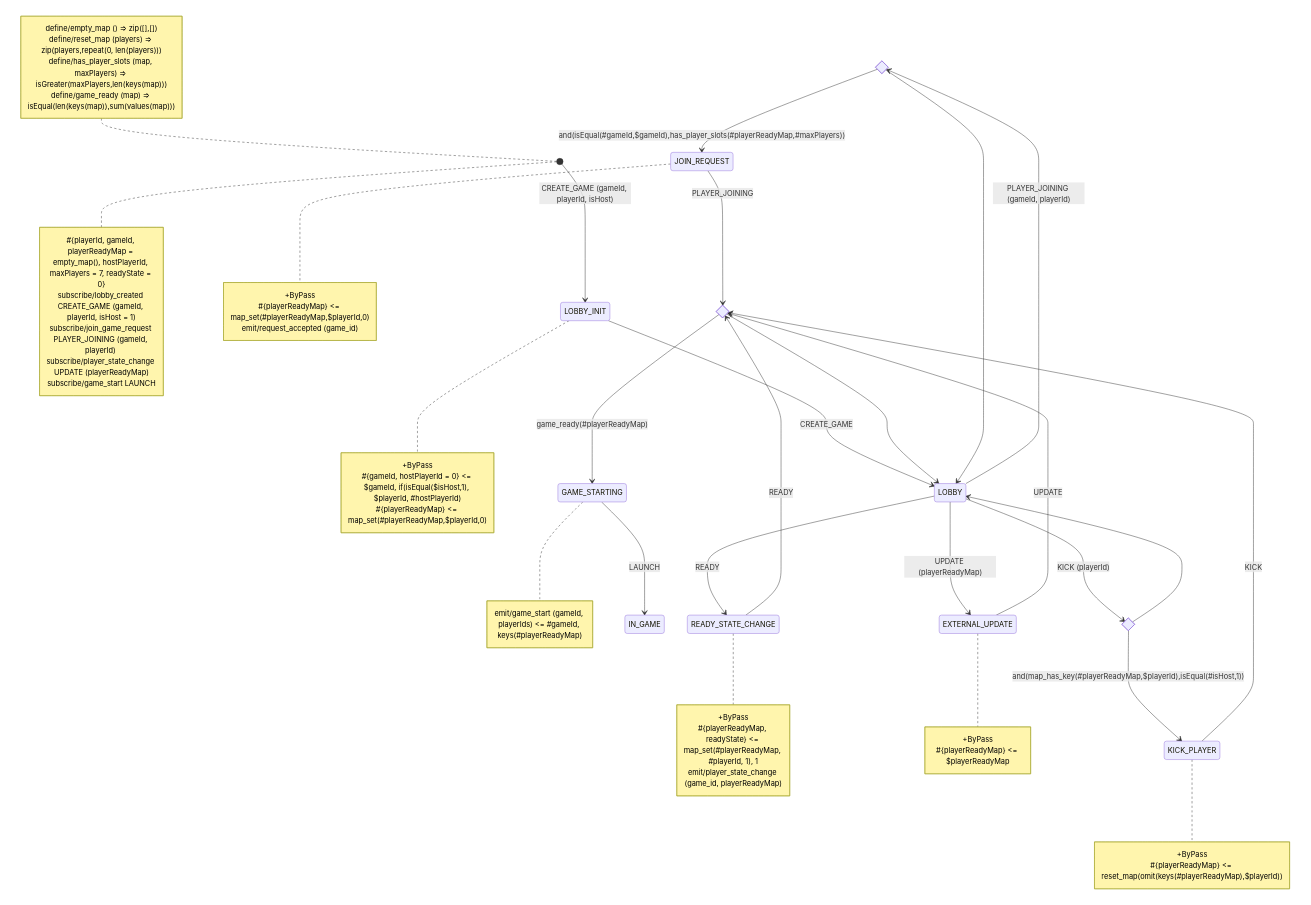
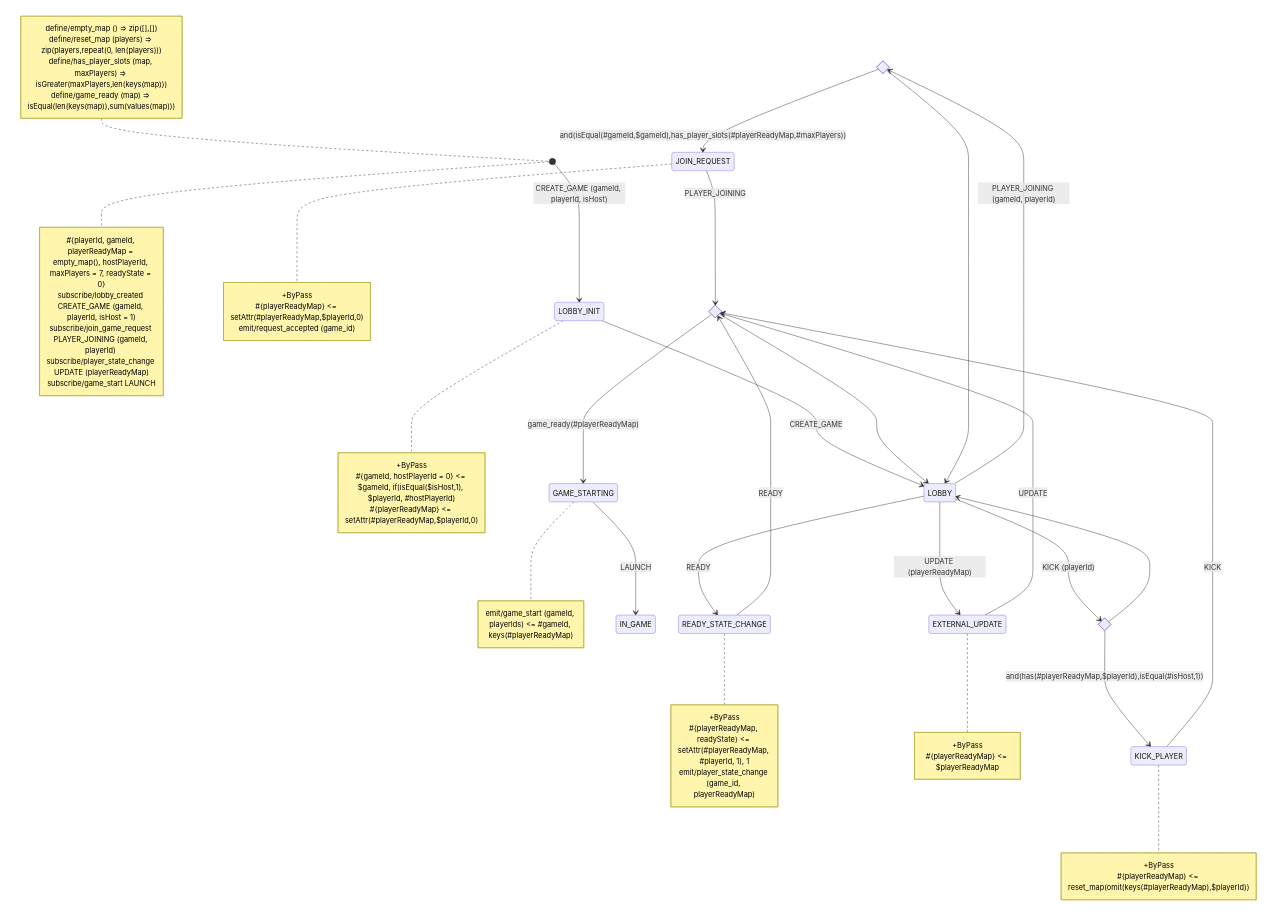
One commit to tfcp68/battle-farm changed the third of 12 diagrams in docs/diagrams.md. Above: the diagram before and after it, drawn with Mermaid.

Commit message:
Update diagrams.md
update diagrams to match Yantrix function names

````diff
--- a/docs/diagrams.md
+++ b/docs/diagrams.md
@@ -118,63 +118,63 @@
 ```mermaid
 stateDiagram-v2
     state hasSpace <<choice>>
     state canKick <<choice>>
     state gameReady <<choice>>
     [*] --> LOBBY_INIT: CREATE_GAME (gameId, playerId, isHost)
     LOBBY --> hasSpace: PLAYER_JOINING (gameId, playerId)
     hasSpace --> JOIN_REQUEST: and(isEqual(#gameId,$gameId),has_player_slots(#playerReadyMap,#maxPlayers))
     LOBBY_INIT --> LOBBY: CREATE_GAME
     LOBBY --> EXTERNAL_UPDATE: UPDATE (playerReadyMap)
     LOBBY-->canKick: KICK (playerId)
-    canKick-->KICK_PLAYER: and(map_has_key(#playerReadyMap,$playerId),isEqual(#isHost,1))
+    canKick-->KICK_PLAYER: and(has(#playerReadyMap,$playerId),isEqual(#isHost,1))
     KICK_PLAYER-->gameReady: KICK
     LOBBY --> READY_STATE_CHANGE: READY
     READY_STATE_CHANGE --> gameReady: READY
     EXTERNAL_UPDATE --> gameReady: UPDATE
     JOIN_REQUEST --> gameReady: PLAYER_JOINING
     gameReady --> GAME_STARTING: game_ready(#playerReadyMap)
     gameReady --> LOBBY
     hasSpace -->LOBBY 
     canKick --> LOBBY
     GAME_STARTING-->IN_GAME: LAUNCH
 
 note left of [*]
 define/empty_map () => zip([],[])
 define/reset_map (players) => zip(players,repeat(0, len(players)))
 define/has_player_slots (map, maxPlayers) => isGreater(maxPlayers,len(keys(map)))
 define/game_ready (map) => isEqual(len(keys(map)),sum(values(map)))
 end note
 note right of [*]
 #{playerId, gameId, playerReadyMap = empty_map(), hostPlayerId, maxPlayers = 7, readyState = 0}
 subscribe/lobby_created CREATE_GAME (gameId, playerId, isHost = 1)
 subscribe/join_game_request PLAYER_JOINING (gameId, playerId) 
 subscribe/player_state_change UPDATE (playerReadyMap)
 subscribe/game_start LAUNCH
 end note
 note right of LOBBY_INIT
 +ByPass
 #{gameId, hostPlayerId = 0} <= $gameId, if(isEqual($isHost,1), $playerId, #hostPlayerId)
-#{playerReadyMap} <= map_set(#playerReadyMap,$playerId,0)
+#{playerReadyMap} <= setAttr(#playerReadyMap,$playerId,0)
 end note
 note right of JOIN_REQUEST
 +ByPass
-#{playerReadyMap} <= map_set(#playerReadyMap,$playerId,0)
+#{playerReadyMap} <= setAttr(#playerReadyMap,$playerId,0)
 emit/request_accepted (game_id)
 end note
 note right of KICK_PLAYER
 +ByPass
 #{playerReadyMap} <= reset_map(omit(keys(#playerReadyMap),$playerId))
 end note
 note right of READY_STATE_CHANGE
 +ByPass
-#{playerReadyMap, readyState} <= map_set(#playerReadyMap, #playerId, 1), 1
+#{playerReadyMap, readyState} <= setAttr(#playerReadyMap, #playerId, 1), 1
 emit/player_state_change (game_id, playerReadyMap)
 end note
 note right of EXTERNAL_UPDATE
 +ByPass
 #{playerReadyMap} <= $playerReadyMap
 end note
 note right of GAME_STARTING
 emit/game_start (gameId, playerIds) <= #gameId, keys(#playerReadyMap)
 end note
 ```
````
